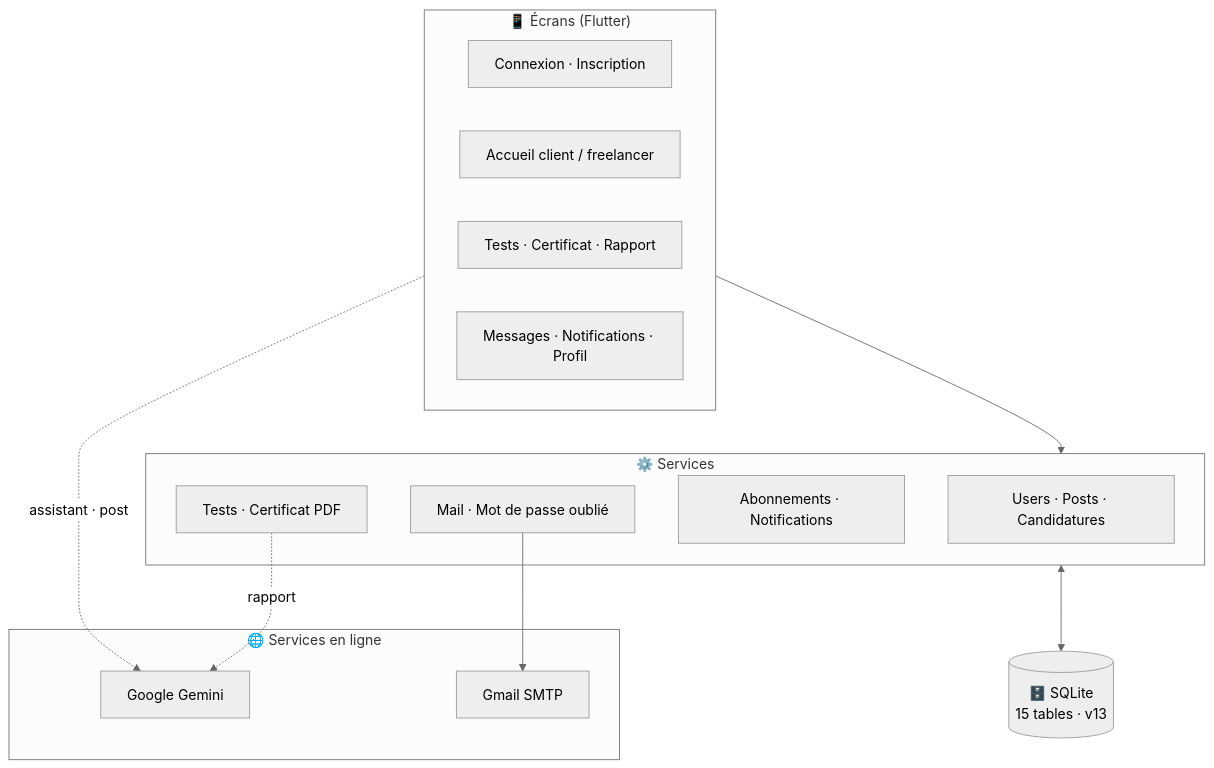
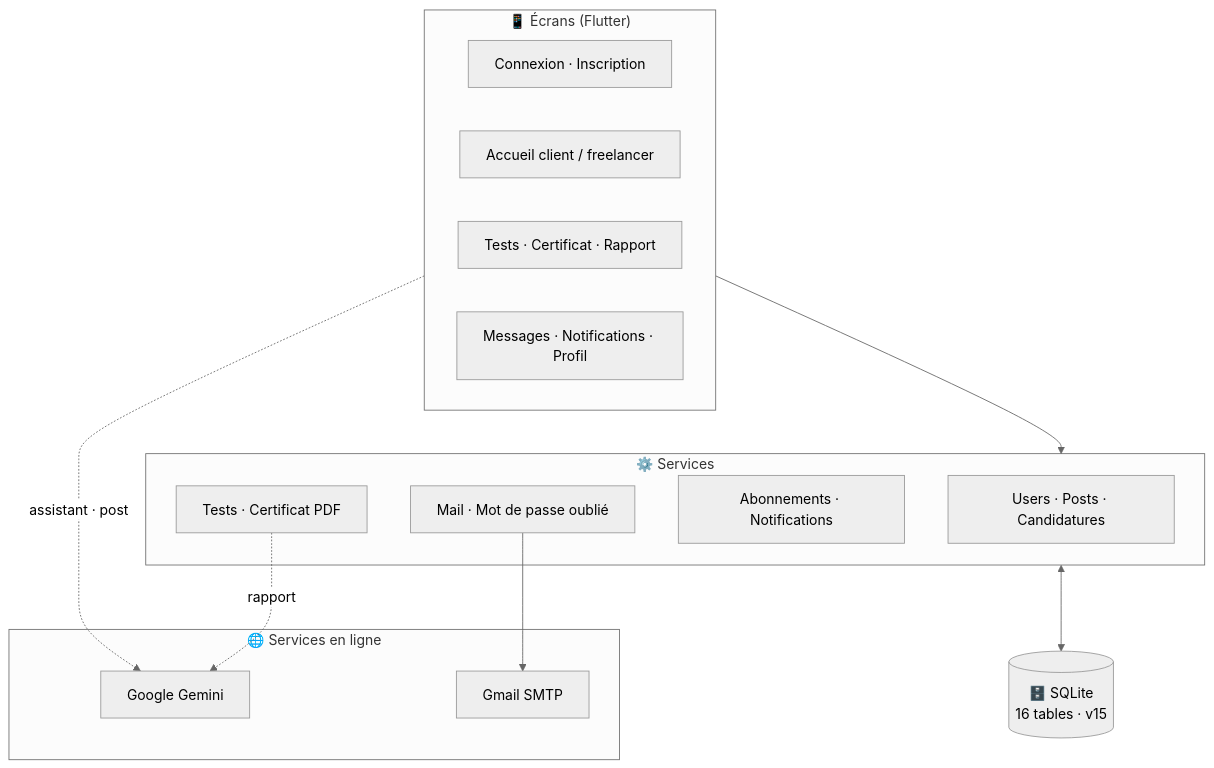
Before and after one commit to BrahimGarram/Freelancify-mobile-2026-2027: the second of 4 diagrams in README.md, drawn with Mermaid (neutral theme). The commit also changed other lines of this file and 12 other files, not shown here.

````diff
--- a/README.md
+++ b/README.md
@@ -168,24 +169,24 @@
 ```mermaid
 flowchart TB
     subgraph UI["📱 Écrans (Flutter)"]
         S1[Connexion · Inscription]
         S2[Accueil client / freelancer]
         S3[Tests · Certificat · Rapport]
         S4[Messages · Notifications · Profil]
     end
     subgraph SRV["⚙️ Services"]
         SV1[Users · Posts · Candidatures]
         SV2[Tests · Certificat PDF]
         SV3[Abonnements · Notifications]
         SV4[Mail · Mot de passe oublié]
     end
     subgraph EXT["🌐 Services en ligne"]
         G[Google Gemini]
         M[Gmail SMTP]
     end
     UI --> SRV
-    SRV <--> DB[(🗄️ SQLite<br/>15 tables · v13)]
+    SRV <--> DB[(🗄️ SQLite<br/>16 tables · v15)]
     SV2 -. rapport .-> G
     UI -. assistant · post .-> G
     SV4 --> M
 ```
````
